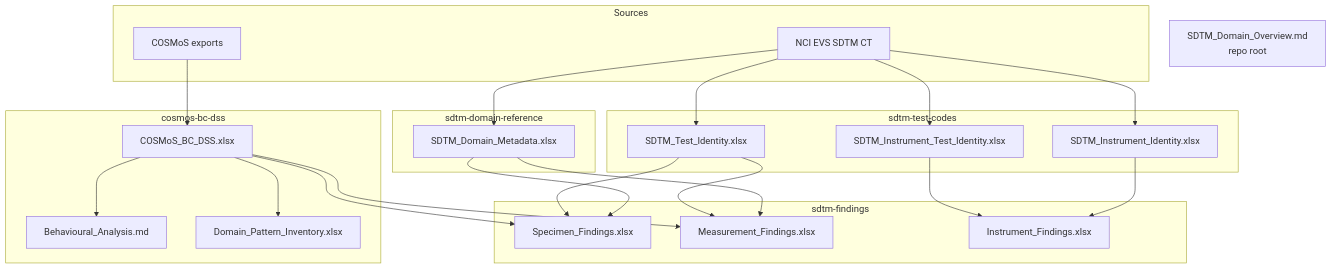
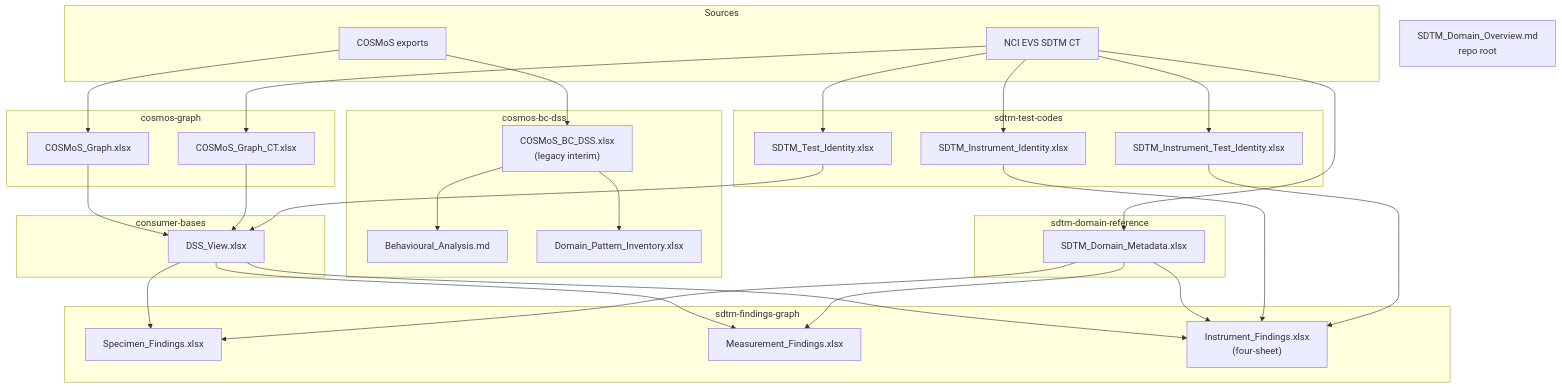
Before and after one commit to kerfors/cdisc-for-ai: the diagram in README.md, drawn with Mermaid. The commit also changed other lines of this file and 8 other files, not shown here.

First line of the commit message:
docs(readmes+overview): align with graph-fed architecture

````diff
--- a/README.md
+++ b/README.md
@@ -67,49 +81,63 @@
 ```mermaid
 graph TD
     subgraph Sources
         EVS["NCI EVS SDTM CT"]
         COS["COSMoS exports"]
     end
 
     subgraph sdtm-test-codes
         TI["SDTM_Test_Identity.xlsx"]
         ITI["SDTM_Instrument_Test_Identity.xlsx"]
         II["SDTM_Instrument_Identity.xlsx"]
     end
 
     subgraph cosmos-bc-dss
-        BCD["COSMoS_BC_DSS.xlsx"]
+        BCD["COSMoS_BC_DSS.xlsx<br/>(legacy interim)"]
         BA["Behavioural_Analysis.md"]
         DPI["Domain_Pattern_Inventory.xlsx"]
+    end
+
+    subgraph cosmos-graph
+        CG["COSMoS_Graph.xlsx"]
+        CGC["COSMoS_Graph_CT.xlsx"]
     end
 
     subgraph sdtm-domain-reference
         DM["SDTM_Domain_Metadata.xlsx"]
     end
 
-    subgraph sdtm-findings
+    subgraph consumer-bases
+        DV["DSS_View.xlsx"]
+    end
+
+    subgraph sdtm-findings-graph
         SF["Specimen_Findings.xlsx"]
         MF["Measurement_Findings.xlsx"]
-        IF["Instrument_Findings.xlsx"]
+        IF["Instrument_Findings.xlsx<br/>(four-sheet)"]
     end
 
     EVS --> TI
     EVS --> ITI
     EVS --> II
-    ITI --> IF
-    II --> IF
+    EVS --> DM
+    EVS --> CGC
     COS --> BCD
+    COS --> CG
     BCD --> BA
     BCD --> DPI
-    EVS --> DM
 
-    TI --> SF
+    CG --> DV
+    CGC --> DV
+    TI --> DV
+
+    DV --> SF
+    DV --> MF
+    DV --> IF
     DM --> SF
-    BCD --> SF
-
-    TI --> MF
     DM --> MF
-    BCD --> MF
+    DM --> IF
+    II --> IF
+    ITI --> IF
 
     DO["SDTM_Domain_Overview.md<br/>repo root"]
 ```
````
